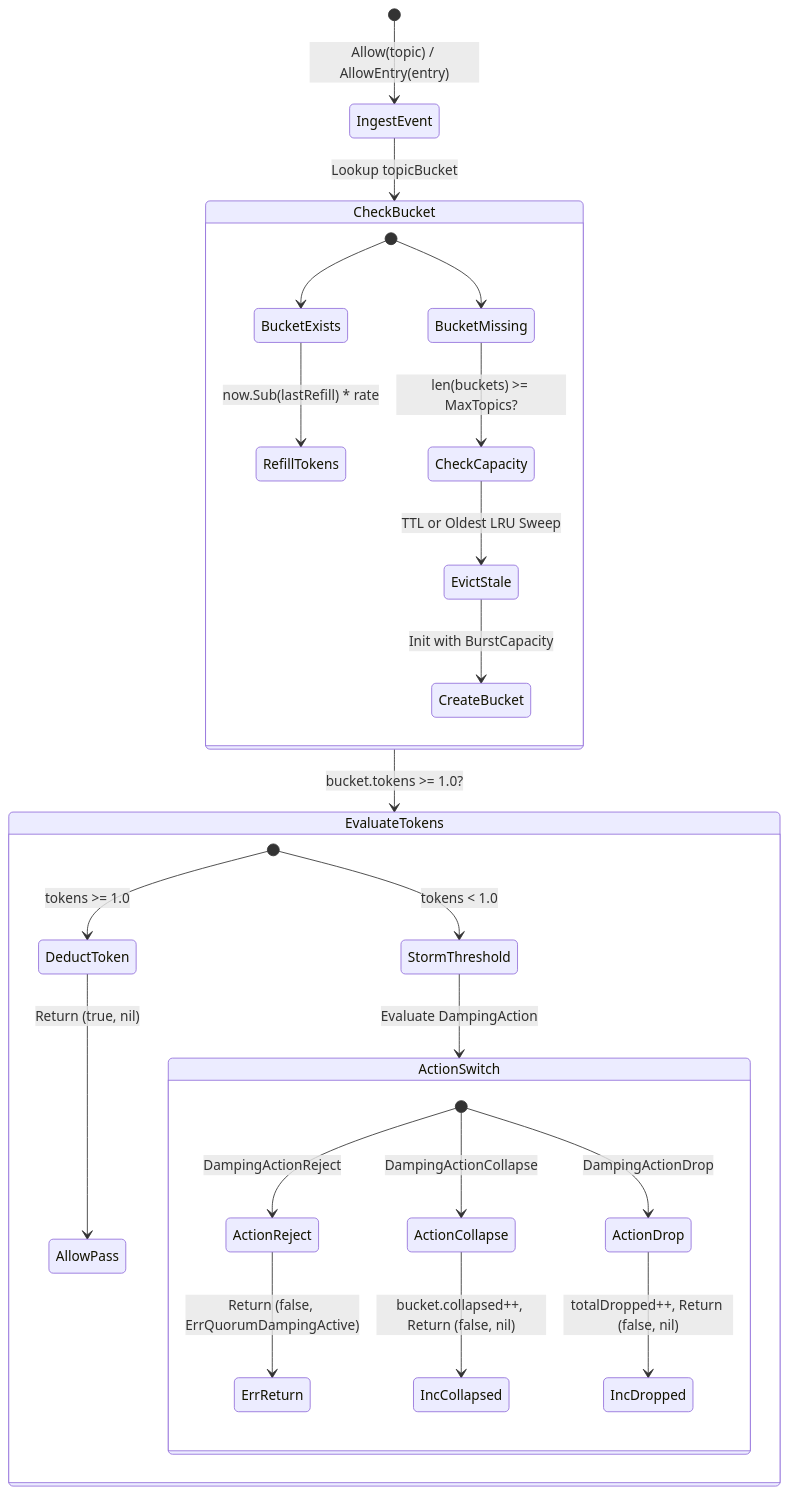
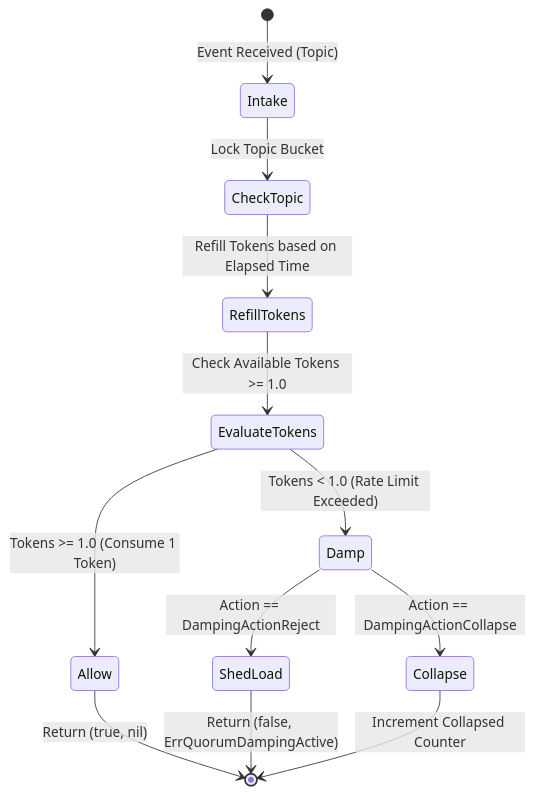
The second of 2 diagrams in docs/architecture/ADAPTIVE_BACKOFF_QUORUM_DAMPING.md (zqk-os/zqk), drawn with Mermaid before and after one commit. The commit also changed other lines of this file and 1 other file, not shown here.

First line of the commit message:
feat(callback): implement adaptive backoff jitter and event storm quorum damping integration suite

````diff
--- a/docs/architecture/ADAPTIVE_BACKOFF_QUORUM_DAMPING.md
+++ b/docs/architecture/ADAPTIVE_BACKOFF_QUORUM_DAMPING.md
@@ -85,32 +62,18 @@
 ```mermaid
 stateDiagram-v2
-    [*] --> IngestEvent: Allow(topic) / AllowEntry(entry)
-    IngestEvent --> CheckBucket: Lookup topicBucket
+    [*] --> Intake: Event Received (Topic)
 
-    state CheckBucket {
-        [*] --> BucketExists
-        BucketExists --> RefillTokens: now.Sub(lastRefill) * rate
-        [*] --> BucketMissing
-        BucketMissing --> CheckCapacity: len(buckets) >= MaxTopics?
-        CheckCapacity --> EvictStale: TTL or Oldest LRU Sweep
-        EvictStale --> CreateBucket: Init with BurstCapacity
-    }
+    Intake --> CheckTopic: Lock Topic Bucket
+    CheckTopic --> RefillTokens: Refill Tokens based on Elapsed Time
+    RefillTokens --> EvaluateTokens: Check Available Tokens >= 1.0
 
-    CheckBucket --> EvaluateTokens: bucket.tokens >= 1.0?
+    EvaluateTokens --> Allow: Tokens >= 1.0 (Consume 1 Token)
+    EvaluateTokens --> Damp: Tokens < 1.0 (Rate Limit Exceeded)
 
-    state EvaluateTokens {
-        [*] --> DeductToken: tokens >= 1.0
-        DeductToken --> AllowPass: Return (true, nil)
-        [*] --> StormThreshold: tokens < 1.0
-        StormThreshold --> ActionSwitch: Evaluate DampingAction
-    }
+    Allow --> [*]: Return (true, nil)
+    Damp --> ShedLoad: Action == DampingActionReject
+    ShedLoad --> [*]: Return (false, ErrQuorumDampingActive)
 
-    state ActionSwitch {
-        [*] --> ActionReject: DampingActionReject
-        ActionReject --> ErrReturn: Return (false, ErrQuorumDampingActive)
-        [*] --> ActionCollapse: DampingActionCollapse
-        ActionCollapse --> IncCollapsed: bucket.collapsed++, Return (false, nil)
-        [*] --> ActionDrop: DampingActionDrop
-        ActionDrop --> IncDropped: totalDropped++, Return (false, nil)
-    }
+    Damp --> Collapse: Action == DampingActionCollapse
+    Collapse --> [*]: Increment Collapsed Counter
 ```
````
